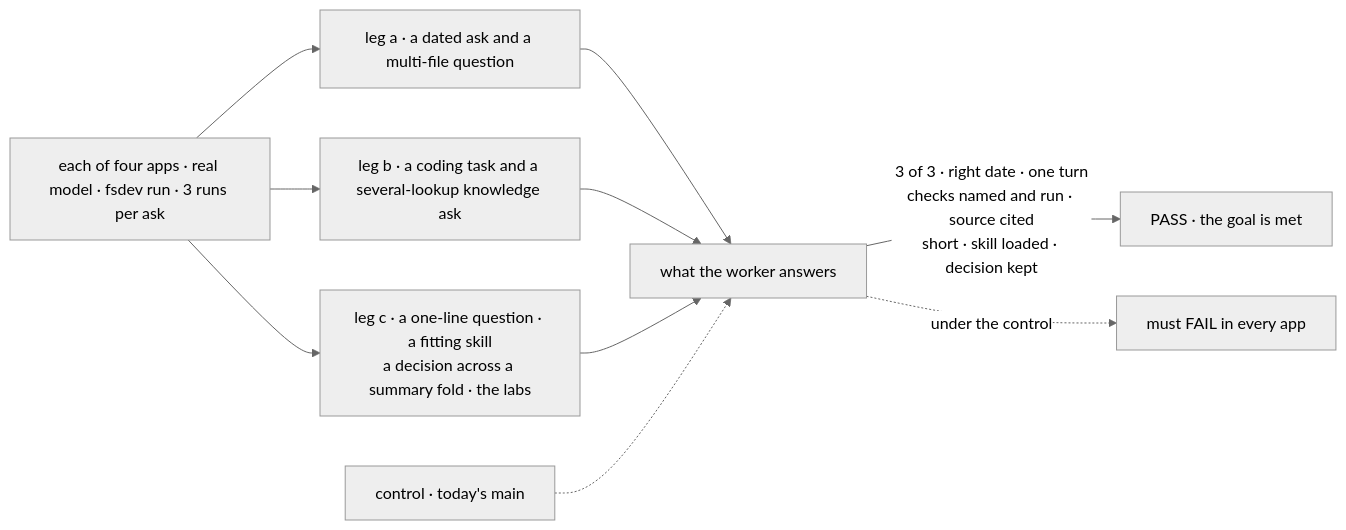
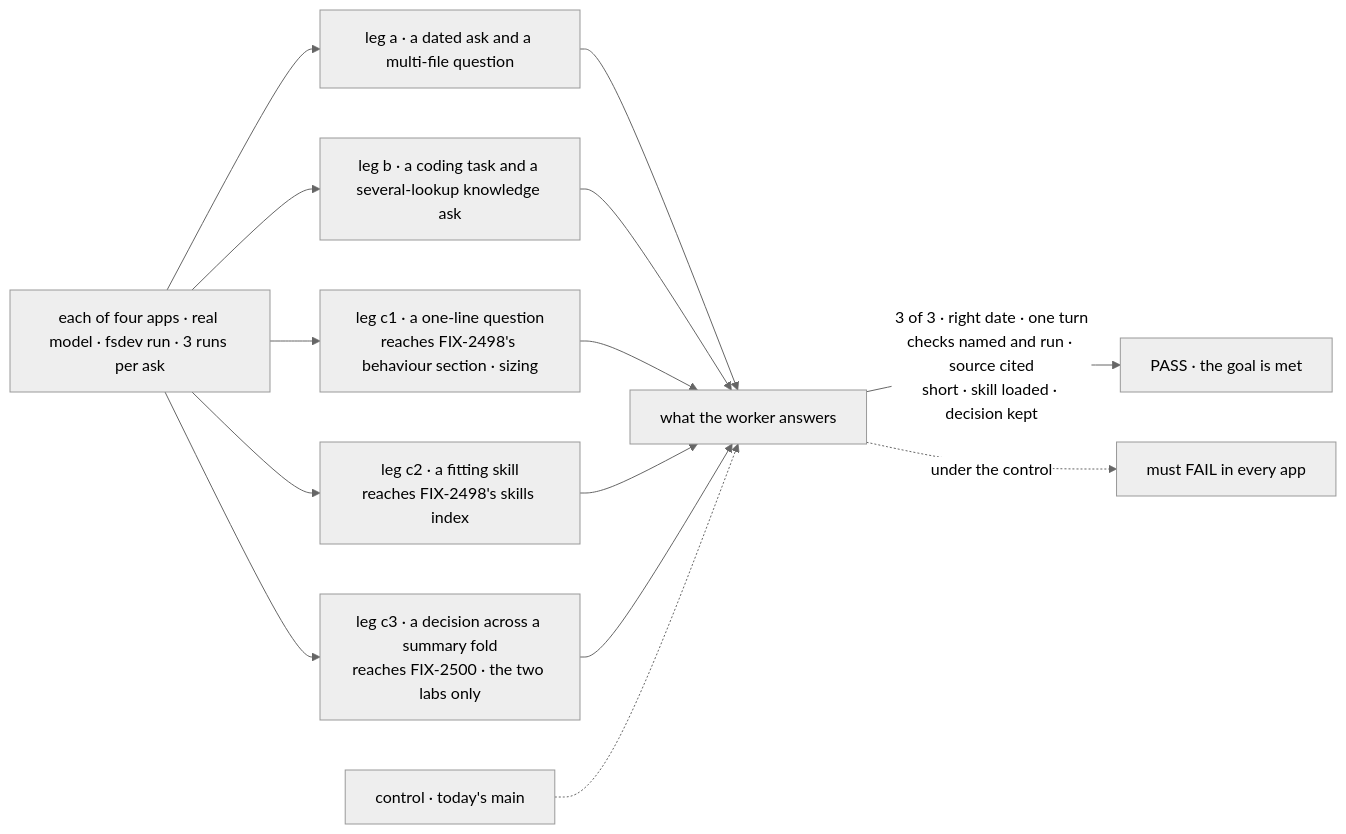
The first of 2 diagrams in specs/epics/FIX-2490/SPEC.md (fixpoint-labs/flow-state-dev), drawn with Mermaid (neutral theme) before and after one commit. The commit also changed other lines of this file and 2 other files, not shown here.

Commit message:
spec(epic): FIX-2490 hygiene from Cursor's review of the Q1 amendment
Seven asks in D2 and its figure; the run matrix spelled out; leg c split
by the surface each ask reaches; stale round-2 Q1 bullet and the repeated
Q1 paragraph dropped; sign-off's Q1 line made link-only.

Claude-Session: https://claude.ai/code/session_011UNkLEDdoRs4iPTfzZmYNW

````diff
--- a/specs/epics/FIX-2490/SPEC.md
+++ b/specs/epics/FIX-2490/SPEC.md
@@ -33,12 +33,16 @@
 ```mermaid
 flowchart LR
   A["each of four apps · real model · fsdev run · 3 runs per ask"] --> L1["leg a · a dated ask and a multi-file question"]
   A --> L2["leg b · a coding task and a several-lookup knowledge ask"]
-  A --> L3["leg c · a one-line question · a fitting skill<br/>a decision across a summary fold · the labs"]
+  A --> C1["leg c1 · a one-line question<br/>reaches FIX-2498's behaviour section · sizing"]
+  A --> C2["leg c2 · a fitting skill<br/>reaches FIX-2498's skills index"]
+  A --> C3["leg c3 · a decision across a summary fold<br/>reaches FIX-2500 · the two labs only"]
   L1 --> T["what the worker answers"]
   L2 --> T
-  L3 --> T
+  C1 --> T
+  C2 --> T
+  C3 --> T
   T -->|"3 of 3 · right date · one turn<br/>checks named and run · source cited<br/>short · skill loaded · decision kept"| P["PASS · the goal is met"]
   C["control · today's main"] -.-> T
   T -.->|"under the control"| F["must FAIL in every app"]
 ```
````
